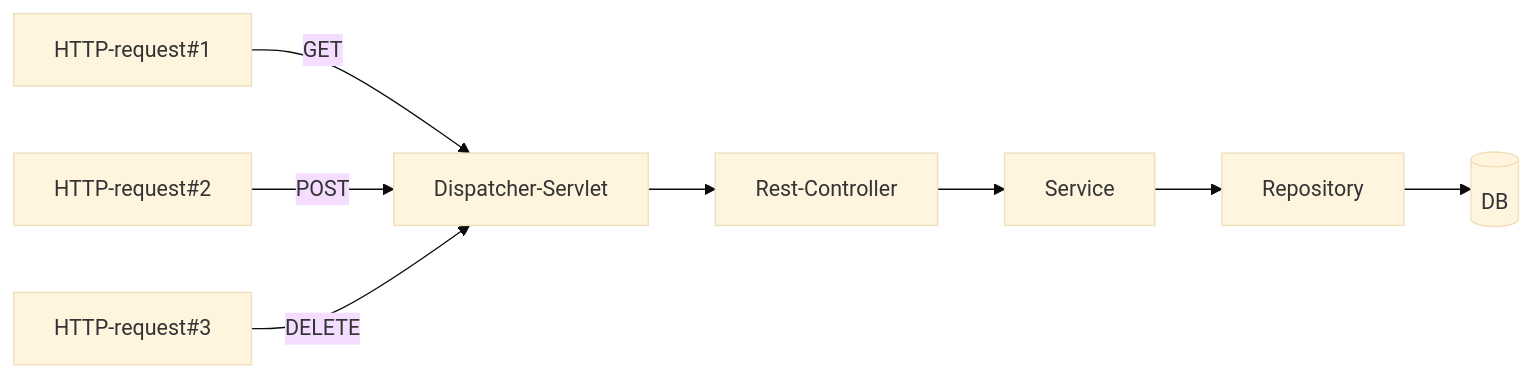
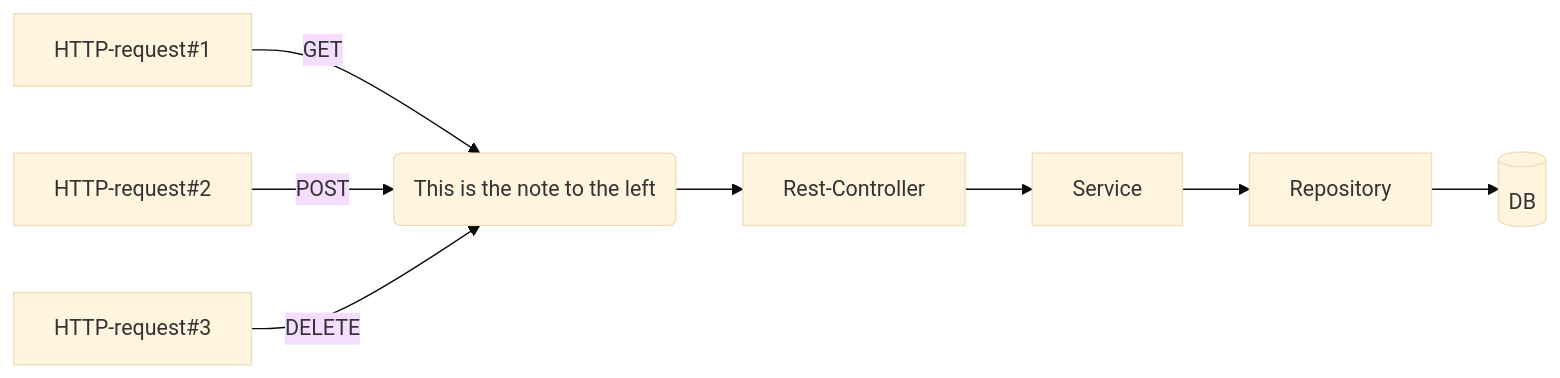
The first of 2 diagrams in README.md (YuriiChukhrai/http-status-codes-demo), drawn with Mermaid (base theme) before and after one commit. The commit also changed other lines of this file and 5 other files, not shown here.

````diff
--- a/README.md
+++ b/README.md
@@ -22,10 +22,11 @@
 ```mermaid
   graph LR;
       HTTP-request#1--GET-->Dispatcher-Servlet;
       HTTP-request#2--POST-->Dispatcher-Servlet;
       HTTP-request#3--DELETE-->Dispatcher-Servlet;
       Dispatcher-Servlet-->Rest-Controller;
       Rest-Controller-->Service;
       Service-->Repository;
-      Repository-->DB[(DB)];      
+      Repository-->DB[(DB)];
+      Dispatcher-Servlet(This is the note to the left);
 ```
````
